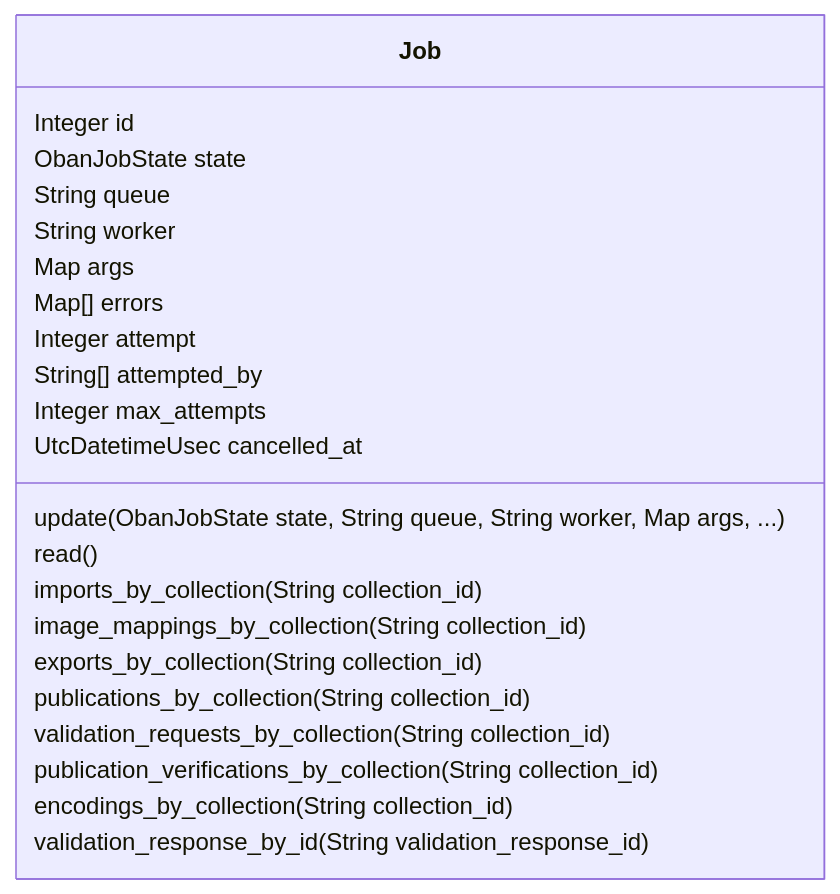
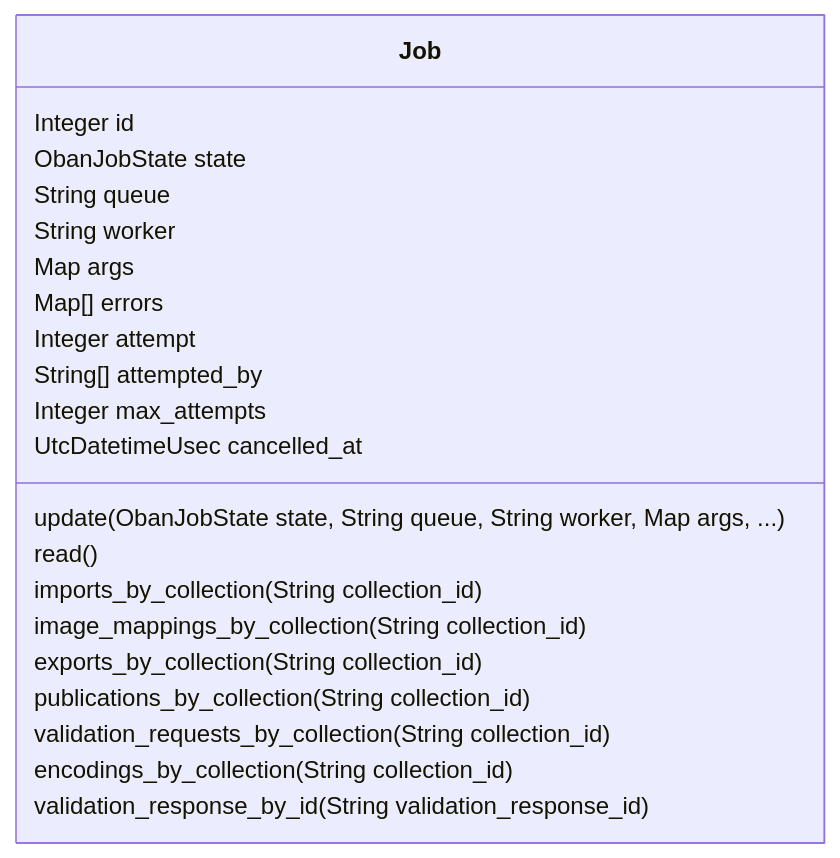
One commit to zebbra/data_aggregator changed the diagram in lib/data_aggregator/jobs/jobs-mermaid-class-diagram.md. Above: the diagram before and after it, drawn with Mermaid. The commit also changed 54 other files, not shown here.

````diff
--- a/lib/data_aggregator/jobs/jobs-mermaid-class-diagram.md
+++ b/lib/data_aggregator/jobs/jobs-mermaid-class-diagram.md
@@ -1,28 +1,27 @@
 ```mermaid
 classDiagram
     class Job {
         Integer id
         ObanJobState state
         String queue
         String worker
         Map args
         Map[] errors
         Integer attempt
         String[] attempted_by
         Integer max_attempts
         UtcDatetimeUsec cancelled_at
         update(ObanJobState state, String queue, String worker, Map args, ...)
         read()
         imports_by_collection(String collection_id)
         image_mappings_by_collection(String collection_id)
         exports_by_collection(String collection_id)
         publications_by_collection(String collection_id)
         validation_requests_by_collection(String collection_id)
-        publication_verifications_by_collection(String collection_id)
         encodings_by_collection(String collection_id)
         validation_response_by_id(String validation_response_id)
     }
 
 
 
 ```
````
